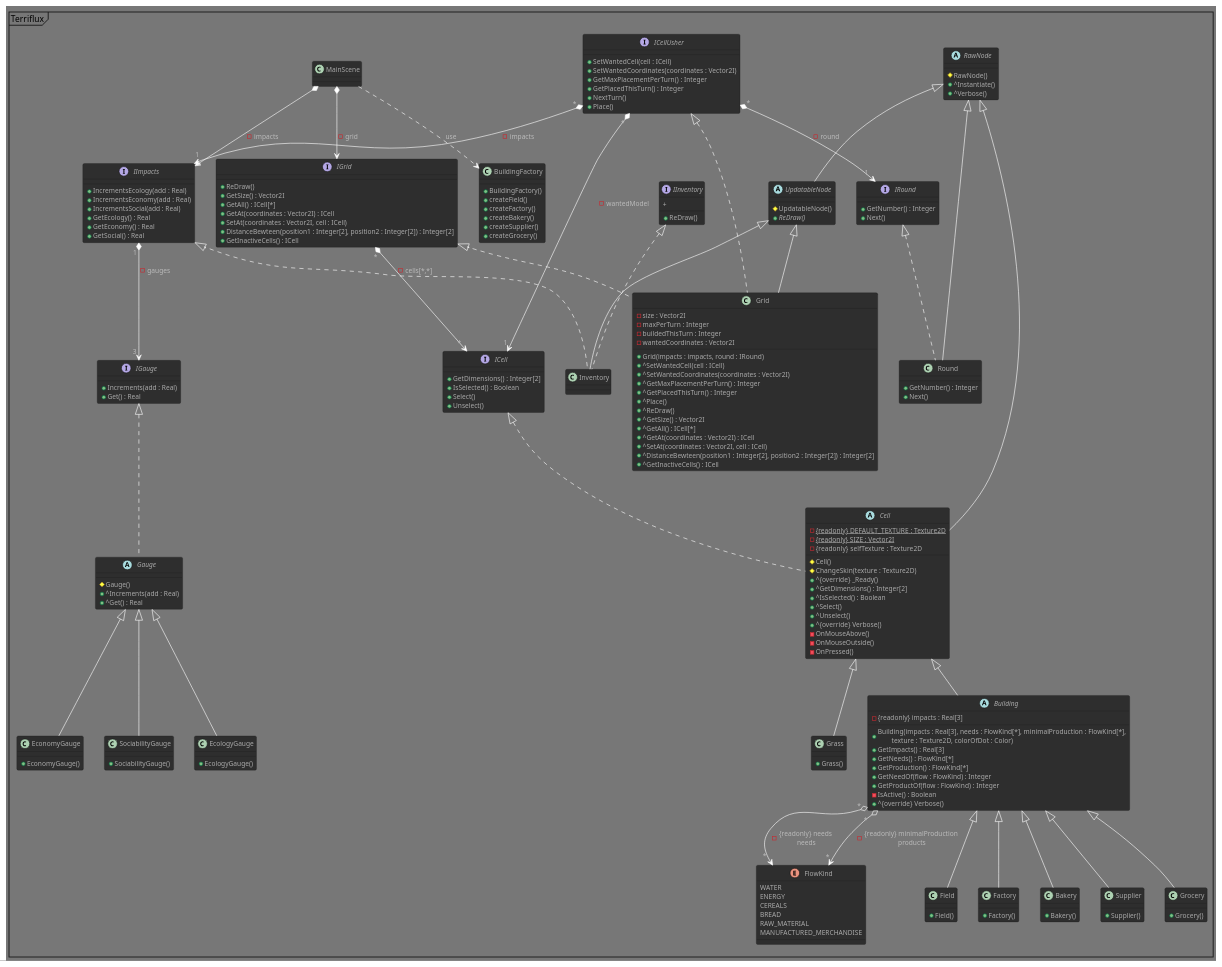
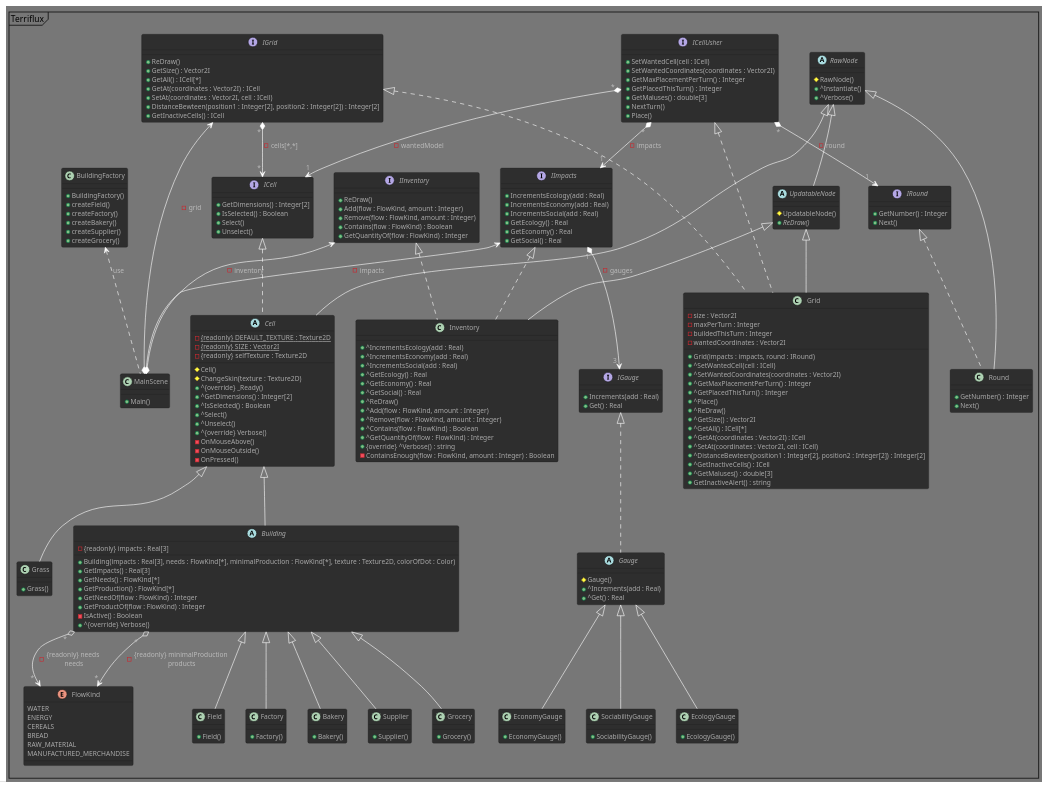
One commit to Spidermatou/Terriflux changed the diagram in Terriflux.puml. Above: the diagram before and after it, drawn with PlantUML. The commit also changed 7 other files, not shown here.

```diff
--- a/Terriflux.puml
+++ b/Terriflux.puml
@@ -4,13 +4,14 @@
 mainframe Terriflux
 
 /' MAIN SCENE '/
-class MainScene
+class MainScene 
 {
-
+    + Main()
 }
-MainScene *--> IImpacts : - impacts
-MainScene *--> IGrid : - grid
-MainScene ..> BuildingFactory : use  /' Via la PlacementList '/
+MainScene *-u-> IImpacts : - impacts
+MainScene *-u-> IGrid : - grid
+MainScene *-u-> IInventory : - inventory
+MainScene .u.> BuildingFactory : use  /' Via la PlacementList '/
 
 /' GENERAL '/
 /' Any node of our own creation '/
@@ -58,7 +59,7 @@
 abstract Building extends Cell
 {
     - {readonly} impacts : Real[3]
-    + Building(impacts : Real[3], needs : FlowKind[*], minimalProduction : FlowKind[*],\n\ttexture : Texture2D, colorOfDot : Color)
+    + Building(impacts : Real[3], needs : FlowKind[*], minimalProduction : FlowKind[*], texture : Texture2D, colorOfDot : Color)
     + GetImpacts() : Real[3]
     + GetNeeds() : FlowKind[*]
     + GetProduction() : FlowKind[*]     /' minimal product '/
@@ -141,6 +142,7 @@
     + SetWantedCoordinates(coordinates : Vector2I)
     + GetMaxPlacementPerTurn() : Integer
     + GetPlacedThisTurn() : Integer
+    + GetMaluses() : double[3] 
     + NextTurn()
     + Place()   /' Confirm the placement - old StartPlacement() '/
 }
@@ -166,6 +168,8 @@
     + ^SetAt(coordinates : Vector2I, cell : ICell)
     + ^DistanceBewteen(position1 : Integer[2], position2 : Integer[2]) : Integer[2]
     + ^GetInactiveCells() : ICell      
+    + ^GetMaluses() : double[3]      
+    + GetInactiveAlert() : string
 }
 
 /' INVENTORY & IMPACTS '/
@@ -205,12 +209,27 @@
 interface IInventory 
 {
     + ReDraw()
-    + 
-/' -- TODO -- '/
-
+    + Add(flow : FlowKind, amount : Integer)
+    + Remove(flow : FlowKind, amount : Integer)
+    + Contains(flow : FlowKind) : Boolean
+    + GetQuantityOf(flow : FlowKind) : Integer
 }
 class Inventory extends UpdatableNode implements IImpacts, IInventory /' ancien node Impact avec acces inventaire ET jauges, mais renommé '/
-/' -- TODO -- '/
+{   
+    + ^IncrementsEcology(add : Real)
+    + ^IncrementsEconomy(add : Real)
+    + ^IncrementsSocial(add : Real)
+    + ^GetEcology() : Real
+    + ^GetEconomy() : Real
+    + ^GetSocial() : Real
+    + ^ReDraw()
+    + ^Add(flow : FlowKind, amount : Integer)
+    + ^Remove(flow : FlowKind, amount : Integer)
+    + ^Contains(flow : FlowKind) : Boolean
+    + ^GetQuantityOf(flow : FlowKind) : Integer
+    + {override} ^Verbose() : string
+    - ContainsEnough(flow : FlowKind, amount : Integer) : Boolean
+}
 
 
 /' MESSAGE to user '/
```
